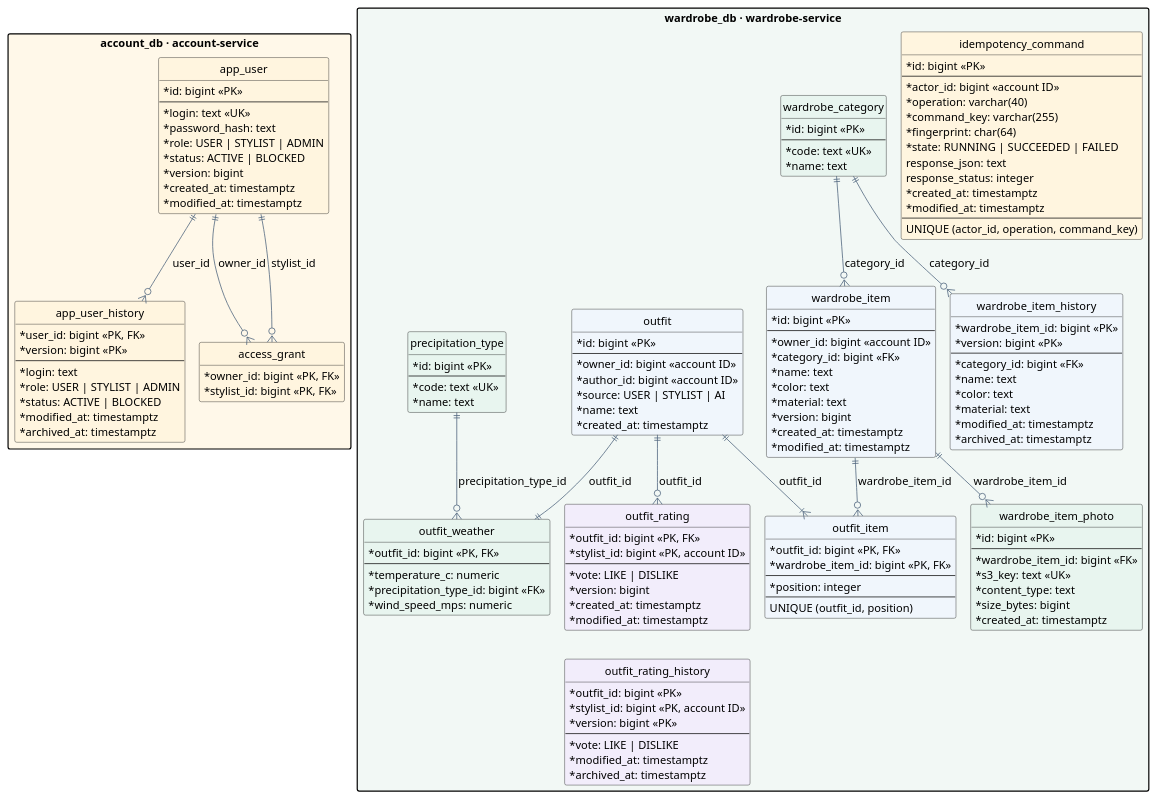
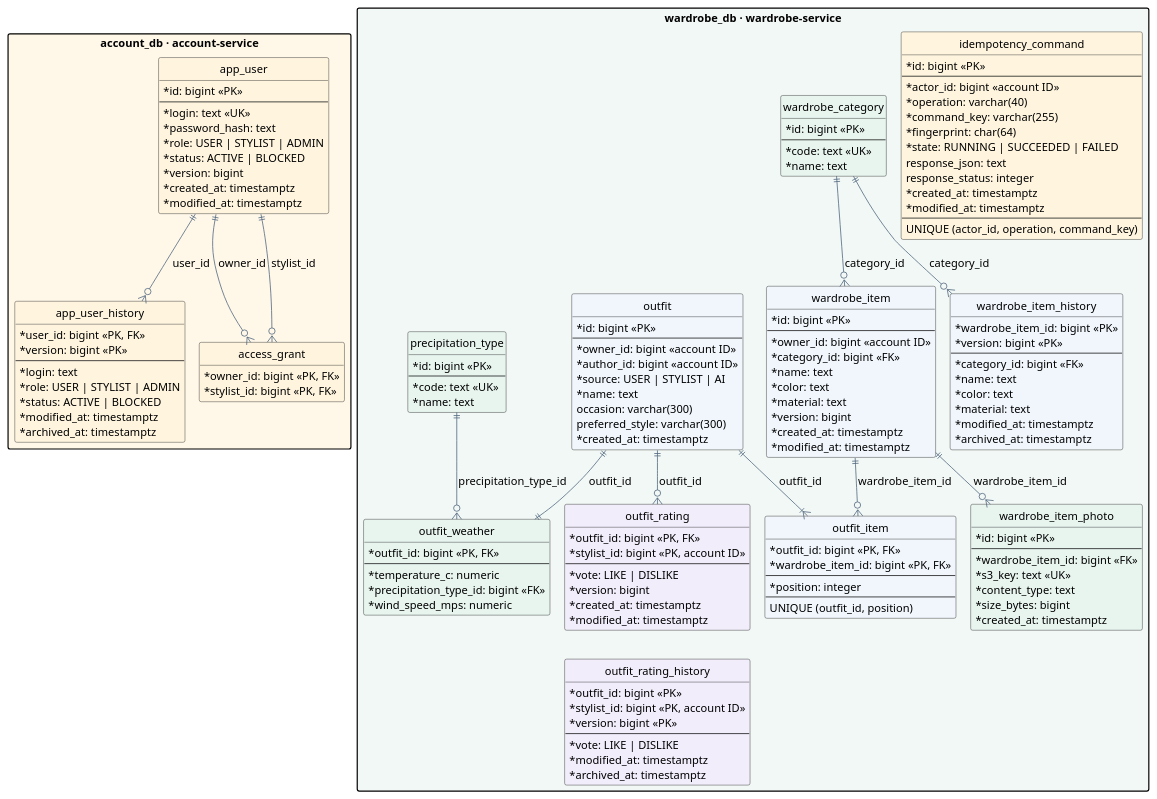
The diagram in docs/lab2/diagrams/data.puml (SimeonGor/clothes-advisor), drawn with PlantUML before and after one commit. The commit also changed 6 other files, not shown here.

```diff
--- a/docs/lab2/diagrams/data.puml
+++ b/docs/lab2/diagrams/data.puml
@@ -1,159 +1,161 @@
 @startuml data
 !pragma layout smetana
 skinparam backgroundColor #FFFFFF
 skinparam defaultFontName SansSerif
 skinparam defaultFontSize 14
 skinparam shadowing false
 skinparam classAttributeIconSize 0
 skinparam packageStyle rectangle
 skinparam nodesep 55
 skinparam ranksep 65
 skinparam ArrowColor #52677F
 hide methods
 hide circle
 
 package "account_db · account-service" as account #FFF8E9 {
   entity "app_user" as user #FFF5DF {
     * id: bigint <<PK>>
     --
     * login: text <<UK>>
     * password_hash: text
     * role: USER | STYLIST | ADMIN
     * status: ACTIVE | BLOCKED
     * version: bigint
     * created_at: timestamptz
     * modified_at: timestamptz
   }
   entity "app_user_history" as user_history #FFF5DF {
     * user_id: bigint <<PK, FK>>
     * version: bigint <<PK>>
     --
     * login: text
     * role: USER | STYLIST | ADMIN
     * status: ACTIVE | BLOCKED
     * modified_at: timestamptz
     * archived_at: timestamptz
   }
   entity "access_grant" as grant #FFF5DF {
     * owner_id: bigint <<PK, FK>>
     * stylist_id: bigint <<PK, FK>>
   }
   user ||--o{ user_history : user_id
   user ||--o{ grant : owner_id
   user ||--o{ grant : stylist_id
 }
 
 package "wardrobe_db · wardrobe-service" as wardrobe #F2F8F5 {
   entity "idempotency_command" as command #FFF5DF {
     * id: bigint <<PK>>
     --
     * actor_id: bigint <<account ID>>
     * operation: varchar(40)
     * command_key: varchar(255)
     * fingerprint: char(64)
     * state: RUNNING | SUCCEEDED | FAILED
     response_json: text
     response_status: integer
     * created_at: timestamptz
     * modified_at: timestamptz
     --
     UNIQUE (actor_id, operation, command_key)
   }
   entity "wardrobe_category" as category #E8F5EF {
     * id: bigint <<PK>>
     --
     * code: text <<UK>>
     * name: text
   }
   entity "wardrobe_item" as item #F0F6FC {
     * id: bigint <<PK>>
     --
     * owner_id: bigint <<account ID>>
     * category_id: bigint <<FK>>
     * name: text
     * color: text
     * material: text
     * version: bigint
     * created_at: timestamptz
     * modified_at: timestamptz
   }
   entity "wardrobe_item_history" as item_history #F0F6FC {
     * wardrobe_item_id: bigint <<PK>>
     * version: bigint <<PK>>
     --
     * category_id: bigint <<FK>>
     * name: text
     * color: text
     * material: text
     * modified_at: timestamptz
     * archived_at: timestamptz
   }
   entity "wardrobe_item_photo" as photo #E8F5EF {
     * id: bigint <<PK>>
     --
     * wardrobe_item_id: bigint <<FK>>
     * s3_key: text <<UK>>
     * content_type: text
     * size_bytes: bigint
     * created_at: timestamptz
   }
   entity "outfit" as outfit #F0F6FC {
     * id: bigint <<PK>>
     --
     * owner_id: bigint <<account ID>>
     * author_id: bigint <<account ID>>
     * source: USER | STYLIST | AI
     * name: text
+    occasion: varchar(300)
+    preferred_style: varchar(300)
     * created_at: timestamptz
   }
   entity "outfit_item" as composition #F0F6FC {
     * outfit_id: bigint <<PK, FK>>
     * wardrobe_item_id: bigint <<PK, FK>>
     --
     * position: integer
     --
     UNIQUE (outfit_id, position)
   }
   entity "outfit_weather" as weather #E8F5EF {
     * outfit_id: bigint <<PK, FK>>
     --
     * temperature_c: numeric
     * precipitation_type_id: bigint <<FK>>
     * wind_speed_mps: numeric
   }
   entity "precipitation_type" as precipitation #E8F5EF {
     * id: bigint <<PK>>
     --
     * code: text <<UK>>
     * name: text
   }
   entity "outfit_rating" as rating #F2EDFB {
     * outfit_id: bigint <<PK, FK>>
     * stylist_id: bigint <<PK, account ID>>
     --
     * vote: LIKE | DISLIKE
     * version: bigint
     * created_at: timestamptz
     * modified_at: timestamptz
   }
   entity "outfit_rating_history" as rating_history #F2EDFB {
     * outfit_id: bigint <<PK>>
     * stylist_id: bigint <<PK, account ID>>
     * version: bigint <<PK>>
     --
     * vote: LIKE | DISLIKE
     * modified_at: timestamptz
     * archived_at: timestamptz
   }
   category ||--o{ item : category_id
   category ||--o{ item_history : category_id
   item ||--o{ photo : wardrobe_item_id
   item ||--o{ composition : wardrobe_item_id
   outfit ||--|{ composition : outfit_id
   outfit ||--|| weather : outfit_id
   precipitation ||--o{ weather : precipitation_type_id
   outfit ||--o{ rating : outfit_id
   rating -[hidden]down-> rating_history
 }
 account -[hidden]right-> wardrobe
 @enduml
```
